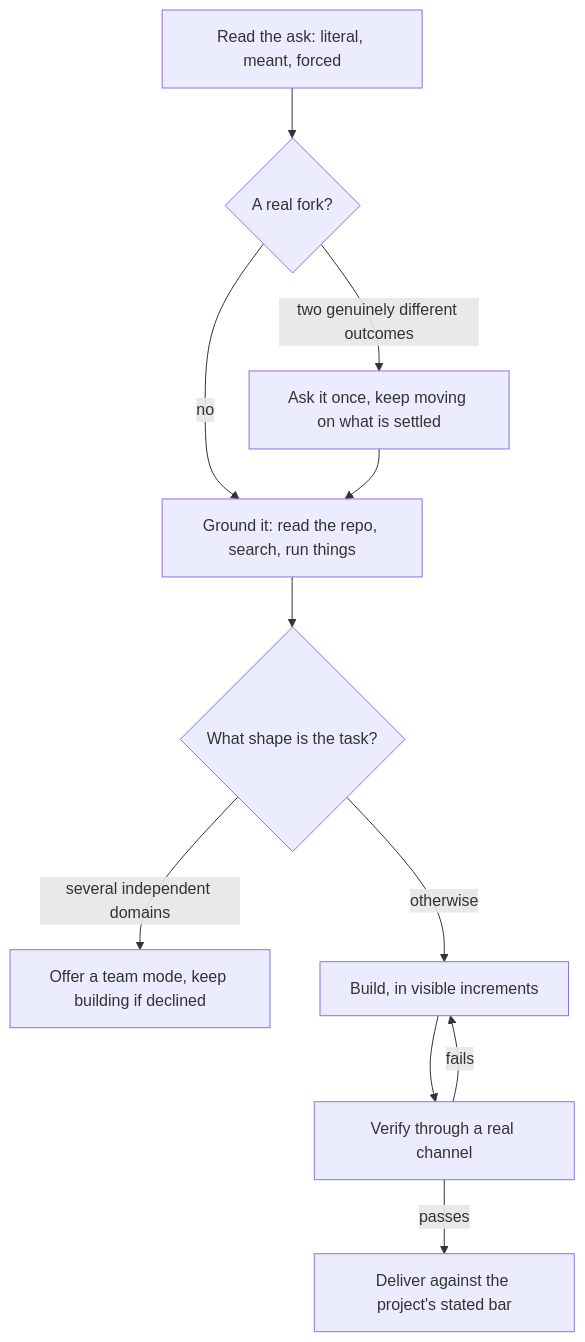
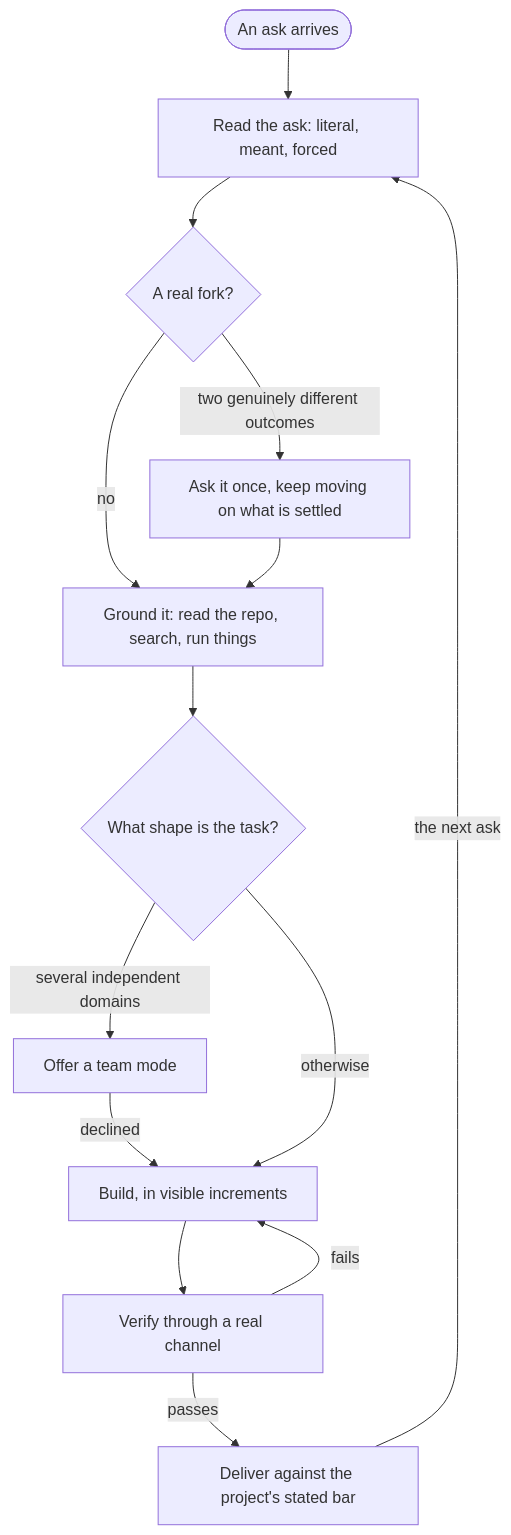
One commit to EthanITA/Mode changed the diagram in skills/mode/modes/ic.md. Above: the diagram before and after it, drawn with Mermaid. The commit also changed other lines of this file and 17 other files, not shown here.

Commit message:
docs(modes): every diagram opens on its trigger, draws its loops and marks its exits

````diff
--- a/skills/mode/modes/ic.md
+++ b/skills/mode/modes/ic.md
@@ -17,13 +17,16 @@
 ```mermaid
 flowchart TD
-    A[Read the ask: literal, meant, forced] --> B{A real fork?}
+    S([An ask arrives]) --> A[Read the ask: literal, meant, forced]
+    A --> B{A real fork?}
     B -- "two genuinely different outcomes" --> Q[Ask it once, keep moving on what is settled]
     B -- no --> C[Ground it: read the repo, search, run things]
     Q --> C
     C --> D{What shape is the task?}
-    D -- "several independent domains" --> H[Offer a team mode, keep building if declined]
-    D -- otherwise --> E[Build, in visible increments]
+    D -- "several independent domains" --> H[Offer a team mode]
+    H -- declined --> E[Build, in visible increments]
+    D -- otherwise --> E
     E --> F[Verify through a real channel]
     F -- fails --> E
     F -- passes --> G[Deliver against the project's stated bar]
+    G -- the next ask --> A
 ```
````
